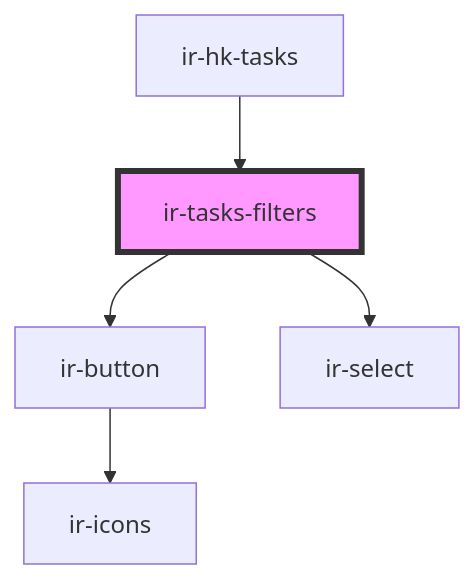
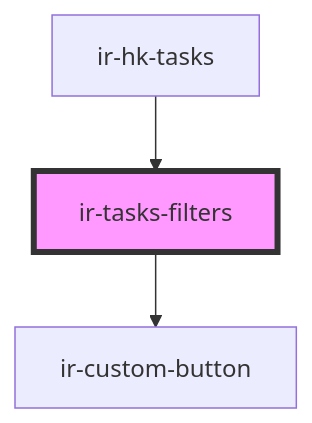
One commit to RonyRizk/ir-webcmp changed the diagram in src/components/ir-housekeeping/ir-hk-tasks/ir-tasks-filters/readme.md. Above: the diagram before and after it, drawn with Mermaid. The commit also changed other lines of this file and 88 other files, not shown here.

````diff
--- a/src/components/ir-housekeeping/ir-hk-tasks/ir-tasks-filters/readme.md
+++ b/src/components/ir-housekeeping/ir-hk-tasks/ir-tasks-filters/readme.md
@@ -34,8 +33,6 @@
 ```mermaid
 graph TD;
-  ir-tasks-filters --> ir-button
-  ir-tasks-filters --> ir-select
-  ir-button --> ir-icons
+  ir-tasks-filters --> ir-custom-button
   ir-hk-tasks --> ir-tasks-filters
   style ir-tasks-filters fill:#f9f,stroke:#333,stroke-width:4px
 ```
````
